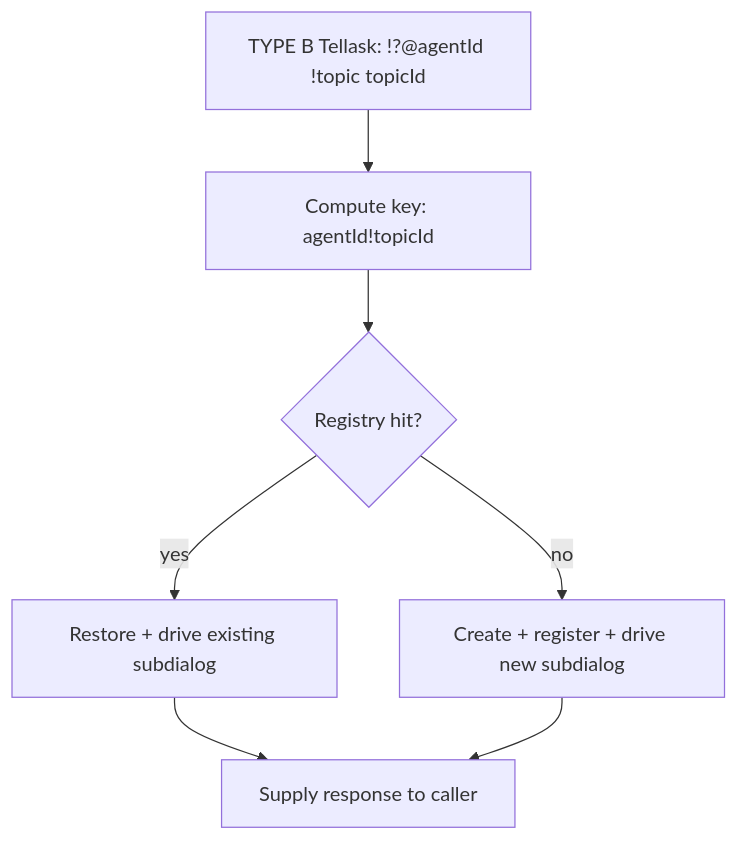
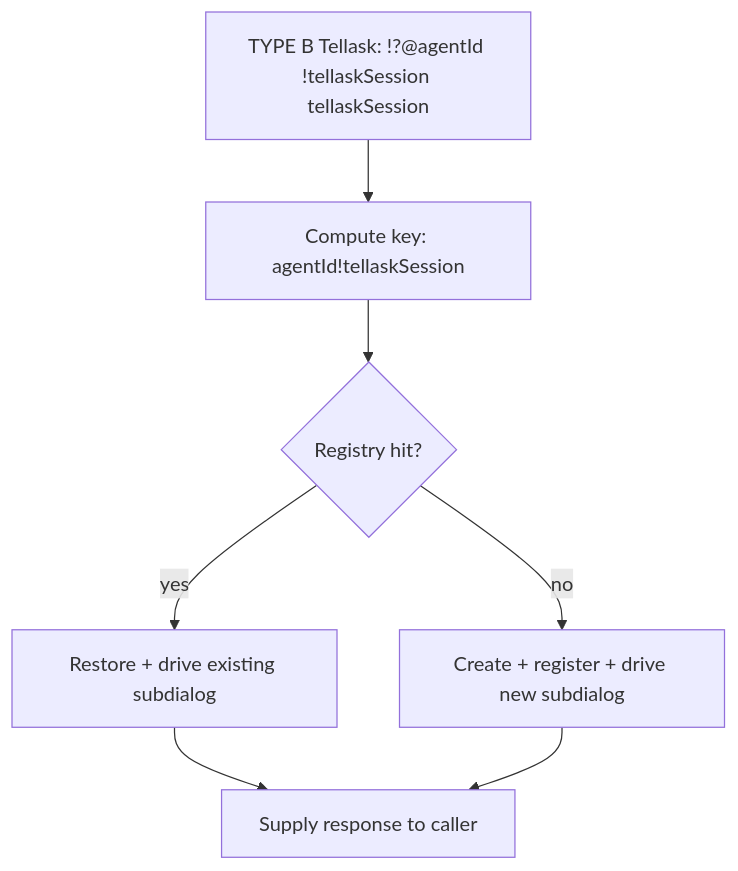
Before and after one commit to longrun-ai/dominds: the eighth of 18 diagrams in docs/dialog-system.md, drawn with Mermaid. The commit also changed other lines of this file and 58 other files, not shown here.

````diff
--- a/docs/dialog-system.md
+++ b/docs/dialog-system.md
@@ -775,9 +775,9 @@
 ```mermaid
 flowchart TD
-  Tellask[TYPE B Tellask: !?@agentId !topic topicId] --> Key[Compute key: agentId!topicId]
+  Tellask[TYPE B Tellask: !?@agentId !tellaskSession tellaskSession] --> Key[Compute key: agentId!tellaskSession]
   Key --> Lookup{Registry hit?}
   Lookup -- yes --> Resume[Restore + drive existing subdialog]
   Lookup -- no --> Create[Create + register + drive new subdialog]
   Resume --> Supply[Supply response to caller]
   Create --> Supply
 ```
````
